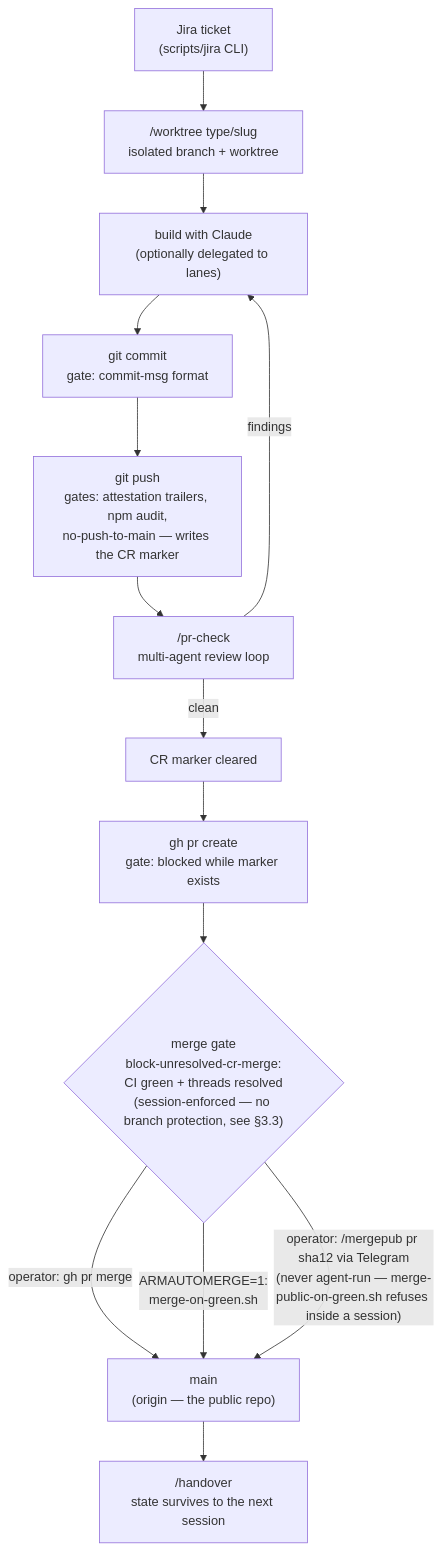
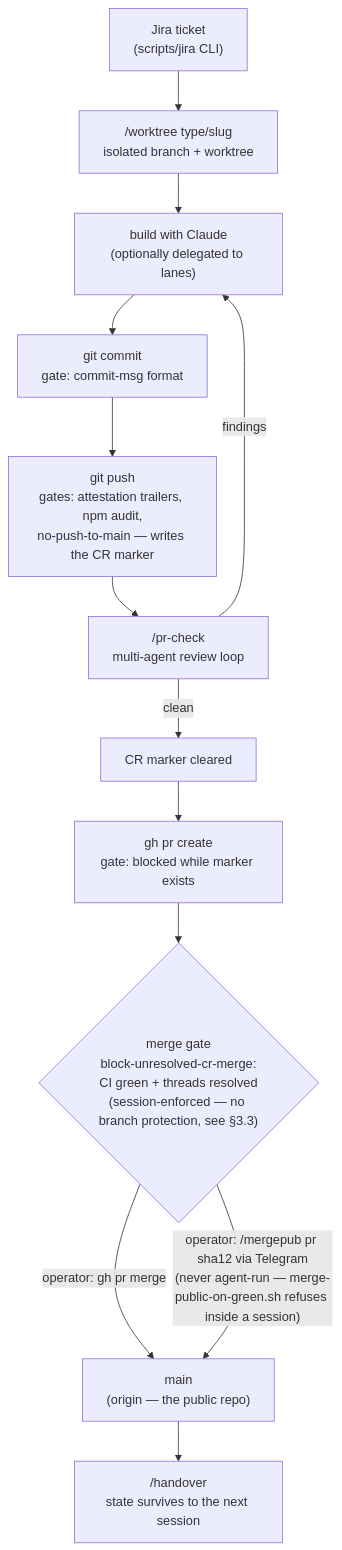
The first of 4 diagrams in docs/configuration.md (yotamleo/Himmel), drawn with Mermaid before and after one commit. The commit also changed other lines of this file and 1 other file, not shown here.

First line of the commit message:
fix(docs): [HIMMEL-2865] stop advertising armed auto-merge — it refuses on a public repo

````diff
--- a/docs/configuration.md
+++ b/docs/configuration.md
@@ -62,16 +62,15 @@
 ```mermaid
 flowchart TD
     T["Jira ticket<br/>(scripts/jira CLI)"] --> W["/worktree type/slug<br/>isolated branch + worktree"]
     W --> B["build with Claude<br/>(optionally delegated to lanes)"]
     B --> C["git commit<br/>gate: commit-msg format"]
     C --> P["git push<br/>gates: attestation trailers, npm audit,<br/>no-push-to-main — writes the CR marker"]
     P --> R["/pr-check<br/>multi-agent review loop"]
     R -->|findings| B
     R -->|clean| CM["CR marker cleared"]
     CM --> PR["gh pr create<br/>gate: blocked while marker exists"]
     PR --> M{"merge gate<br/>block-unresolved-cr-merge:<br/>CI green + threads resolved<br/>(session-enforced — no branch protection, see §3.3)"}
     M -->|"operator: gh pr merge"| MAIN["main<br/>(origin — the public repo)"]
-    M -->|"ARMAUTOMERGE=1:<br/>merge-on-green.sh"| MAIN
     M -->|"operator: /mergepub pr sha12 via Telegram<br/>(never agent-run — merge-public-on-green.sh refuses inside a session)"| MAIN
     MAIN --> H["/handover<br/>state survives to the next session"]
 ```
````
